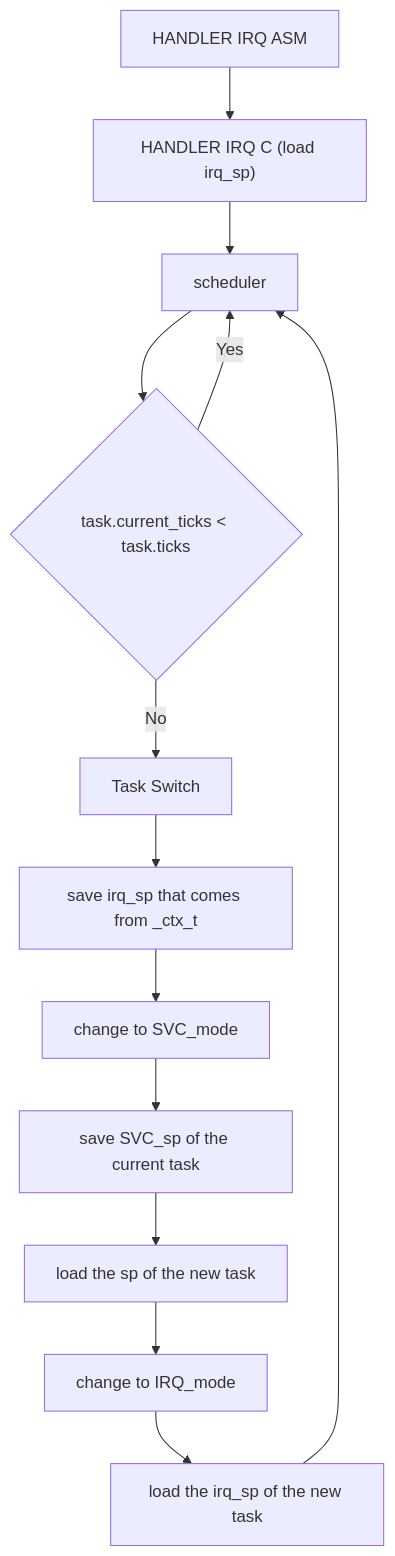
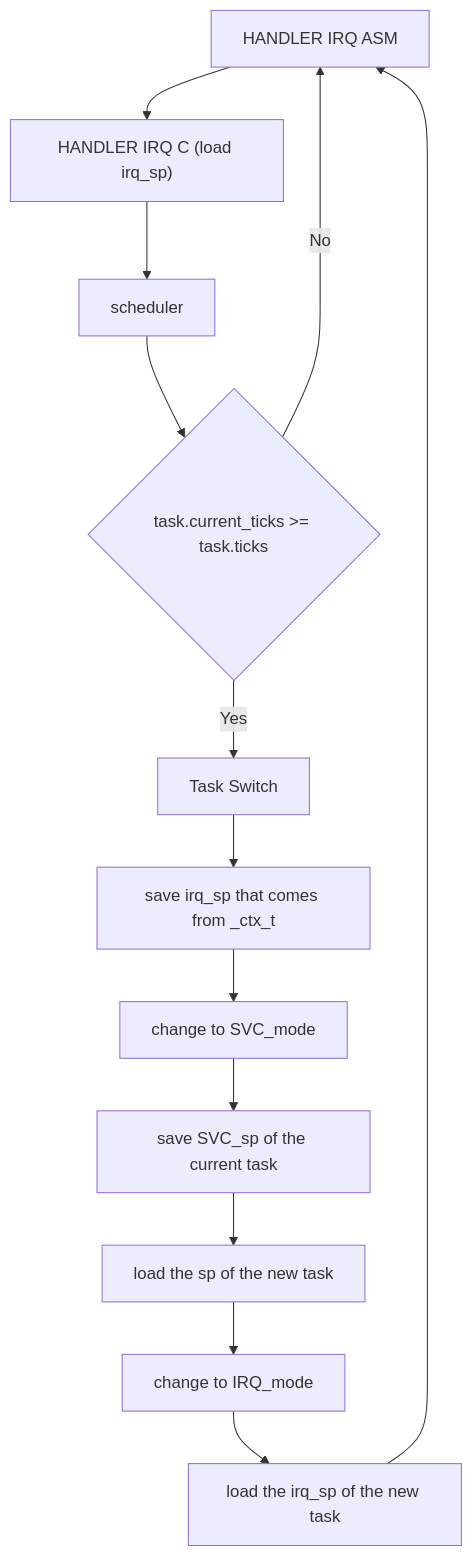
One commit to federico-b-ee/armv7-nix-env changed the diagram in README.md. Above: the diagram before and after it, drawn with Mermaid. The commit also changed 5 other files, not shown here.

````diff
--- a/README.md
+++ b/README.md
@@ -76,15 +76,15 @@
 ```mermaid
 flowchart TD
     A["HANDLER IRQ ASM"] --> B["HANDLER IRQ C (load irq_sp)"]
     B --> C["scheduler"]
-    C --> D{"task.current_ticks < task.ticks"}
-    D -- Yes --> C
-    D -- No --> E["Task Switch"]
+    C --> D{"task.current_ticks >= task.ticks"}
+    D -- No --> A
+    D -- Yes --> E["Task Switch"]
     E --> F["save irq_sp that comes from _ctx_t"]
     F --> G["change to SVC_mode"]
     G --> H["save SVC_sp of the current task"]
     H --> I["load the sp of the new task"]
     I --> J["change to IRQ_mode"]
     J --> K["load the irq_sp of the new task"]
-    K --> C
+    K --> A
 ```
````
